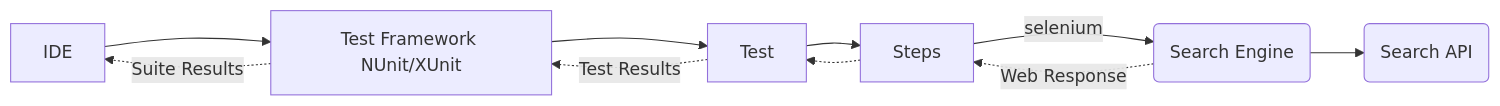
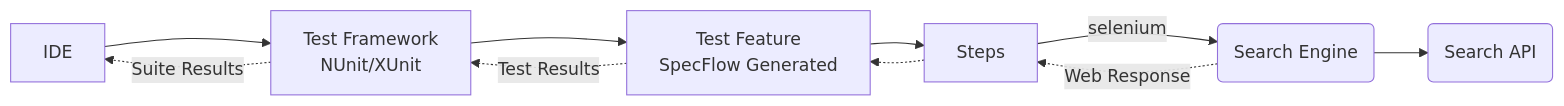
The second of 5 diagrams in README.md (freemansoft/SimpleWebUITestEnvironment), drawn with Mermaid before and after one commit. The commit also changed other lines of this file, not shown here.

Commit message:
Specflow test wrapper update

````diff
--- a/README.md
+++ b/README.md
@@ -78,9 +78,9 @@
 ```mermaid
 graph LR
-    IDE --> TestFramework[Test Framework NUnit/XUnit] --> Test --> Steps -->|selenium| SearchWeb(Search Engine) --> SearchApi(Search API);
+    IDE --> TestFramework[Test Framework<br/>NUnit/XUnit] --> Test[Test Feature<br/>SpecFlow Generated] --> Steps -->|selenium| SearchWeb(Search Engine) --> SearchApi(Search API);
     SearchWeb -.->|Web Response| Steps ;
     Steps -.-> Test;
     Test -.->|Test Results| TestFramework;
     TestFramework -.->|Suite Results| IDE;
 
 ```
````
